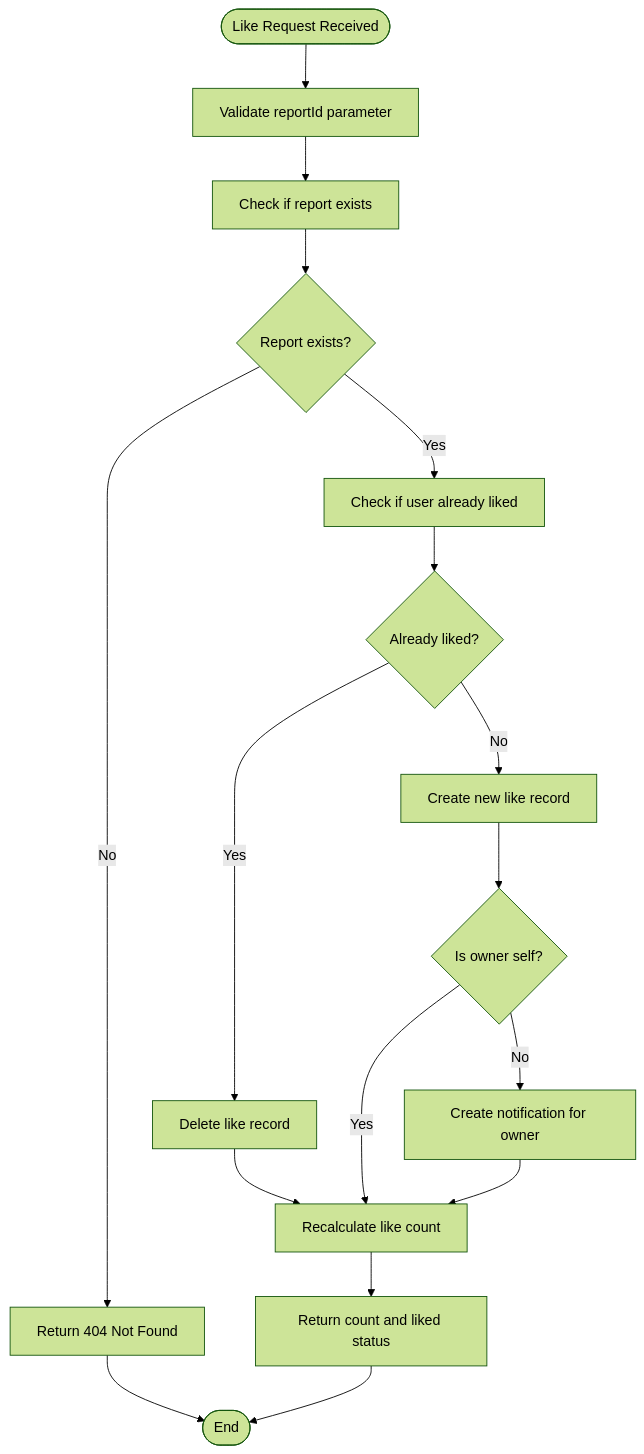
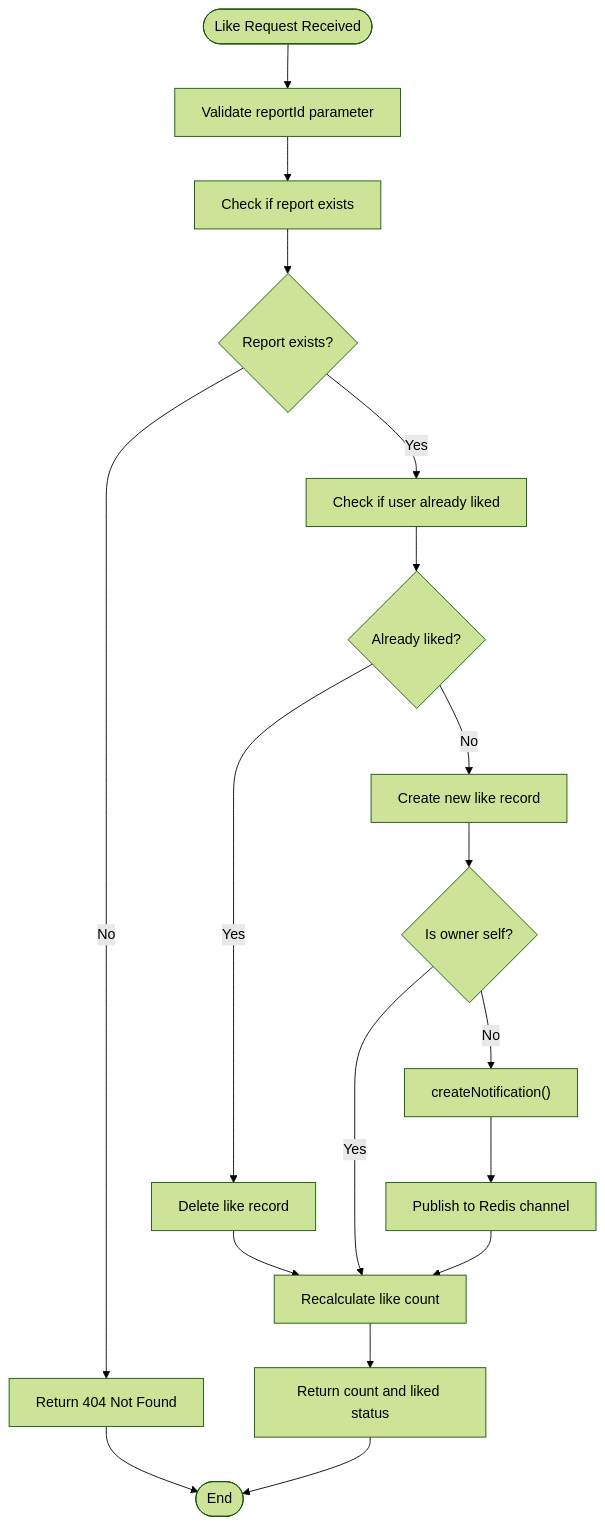
The fourth of 12 diagrams in .qoder/repowiki/en/content/Frontend Components/Social Interaction System.md (jrj444/git-daily), drawn with Mermaid (forest theme) before and after one commit. The commit also changed other lines of this file and 6 other files, not shown here.

````diff
--- a/.qoder/repowiki/en/content/Frontend Components/Social Interaction System.md
+++ b/.qoder/repowiki/en/content/Frontend Components/Social Interaction System.md
@@ -197,19 +222,20 @@
 ```mermaid
 flowchart TD
 Start([Like Request Received]) --> Validate["Validate reportId parameter"]
 Validate --> CheckReport["Check if report exists"]
 CheckReport --> ReportExists{"Report exists?"}
 ReportExists --> |No| ReturnError["Return 404 Not Found"]
 ReportExists --> |Yes| CheckExisting["Check if user already liked"]
 CheckExisting --> AlreadyLiked{"Already liked?"}
 AlreadyLiked --> |Yes| RemoveLike["Delete like record"]
 AlreadyLiked --> |No| AddLike["Create new like record"]
 RemoveLike --> Recalculate["Recalculate like count"]
 AddLike --> CheckOwner{"Is owner self?"}
 CheckOwner --> |Yes| Recalculate
-CheckOwner --> |No| CreateNotification["Create notification for owner"]
-CreateNotification --> Recalculate
+CheckOwner --> |No| CreateNotification["createNotification()"]
+CreateNotification --> PublishToRedis["Publish to Redis channel"]
+PublishToRedis --> Recalculate
 Recalculate --> ReturnResult["Return count and liked status"]
 ReturnError --> End([End])
 ReturnResult --> End
 ```
````
